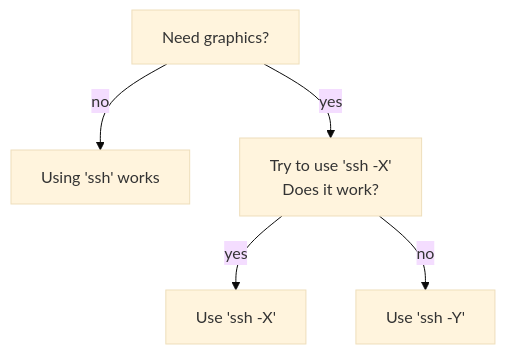
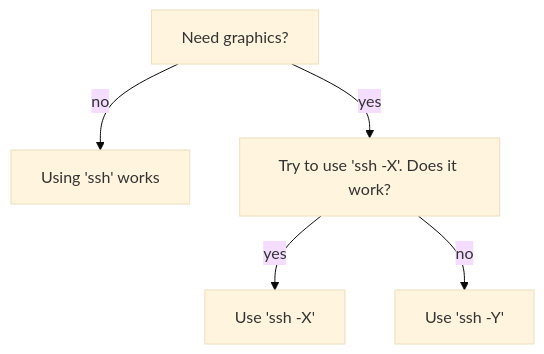
The diagram in docs/software/ssh_x_forwarding.md (UPPMAX/UPPMAX-documentation), drawn with Mermaid (base theme) before and after one commit. The commit also changed 6 other files, not shown here.

````diff
--- a/docs/software/ssh_x_forwarding.md
+++ b/docs/software/ssh_x_forwarding.md
@@ -53,13 +53,13 @@
 ```mermaid
 flowchart TD
   need_graphics[Need graphics?]
   ssh[Using 'ssh' works]
-  try_ssh_x[Try to use 'ssh -X'\n Does it work?]
+  try_ssh_x[Try to use 'ssh -X'. Does it work?]
   ssh_x[Use 'ssh -X']
   ssh_y[Use 'ssh -Y']
 
   need_graphics --> |no| ssh
   need_graphics --> |yes| try_ssh_x
   try_ssh_x --> |yes| ssh_x
   try_ssh_x --> |no| ssh_y
 ```
````
